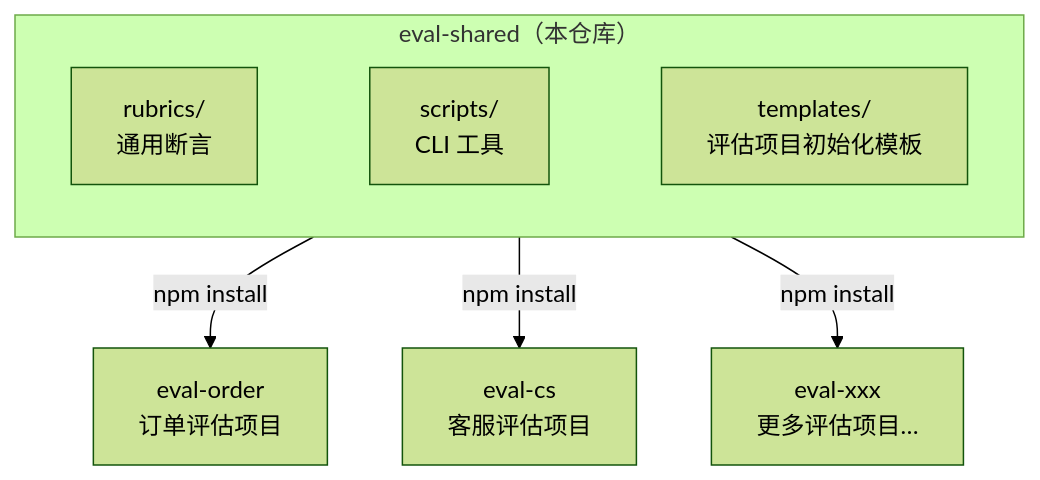
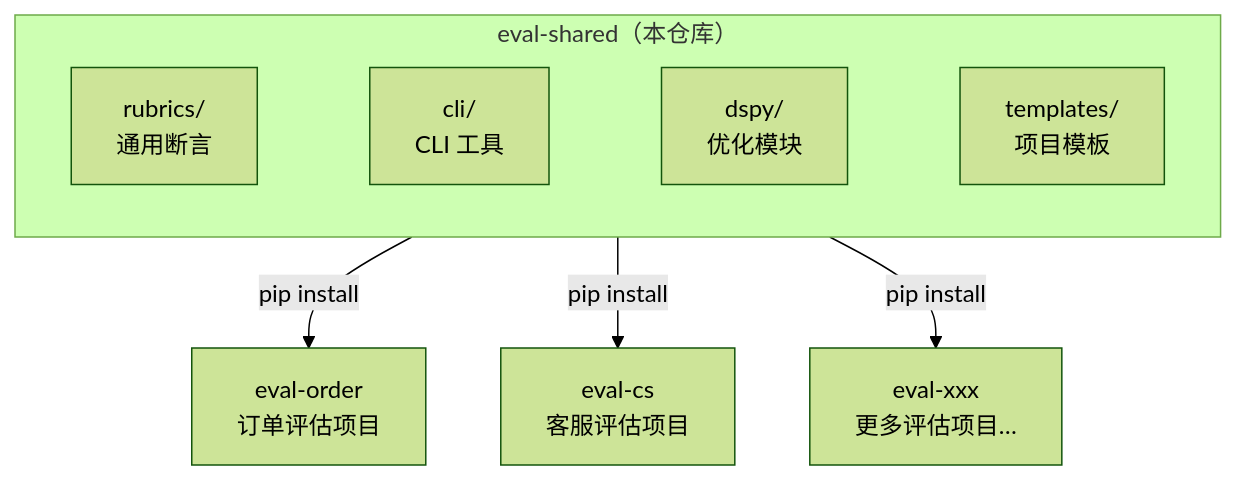
Before and after one commit to HaiYangBG1/eval-shared: the diagram in README.md, drawn with Mermaid (forest theme). The commit also changed other lines of this file and 31 other files, not shown here.

First line of the commit message:
feat: v2.0 — JS/npm → Python/uv 迁移 + DSPy 优化框架

````diff
--- a/README.md
+++ b/README.md
@@ -46,10 +44,10 @@
 ```mermaid
 graph TB
     subgraph shared["eval-shared（本仓库）"]
-        R["rubrics/<br/>通用断言"] ~~~ S["scripts/<br/>CLI 工具"] ~~~ T["templates/<br/>评估项目初始化模板"]
+        R["rubrics/<br/>通用断言"] ~~~ S["cli/<br/>CLI 工具"] ~~~ D["dspy/<br/>优化模块"] ~~~ T["templates/<br/>项目模板"]
     end
 
-    shared -->|npm install| A["eval-order<br/>订单评估项目"]
-    shared -->|npm install| B["eval-cs<br/>客服评估项目"]
-    shared -->|npm install| C["eval-xxx<br/>更多评估项目…"]
+    shared -->|pip install| A["eval-order<br/>订单评估项目"]
+    shared -->|pip install| B["eval-cs<br/>客服评估项目"]
+    shared -->|pip install| C["eval-xxx<br/>更多评估项目…"]
 ```
````
